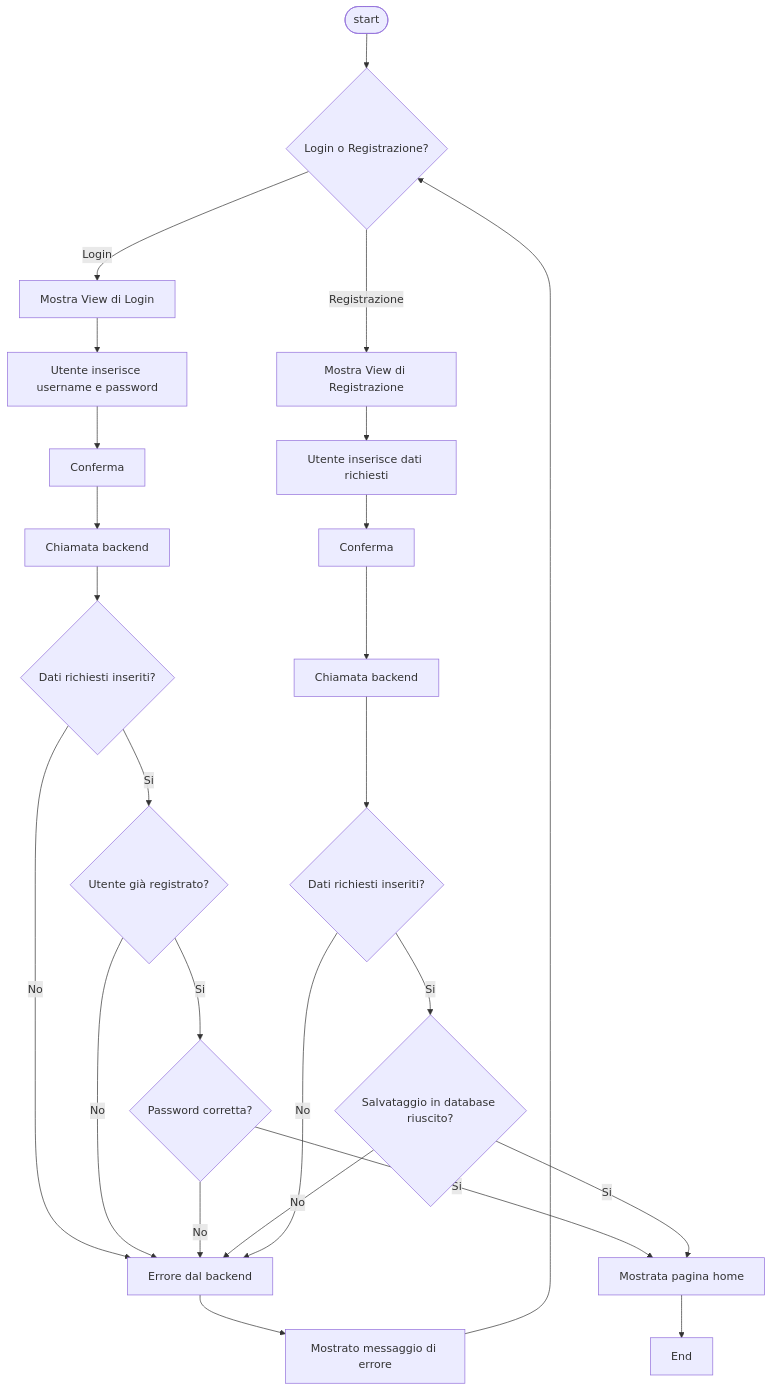
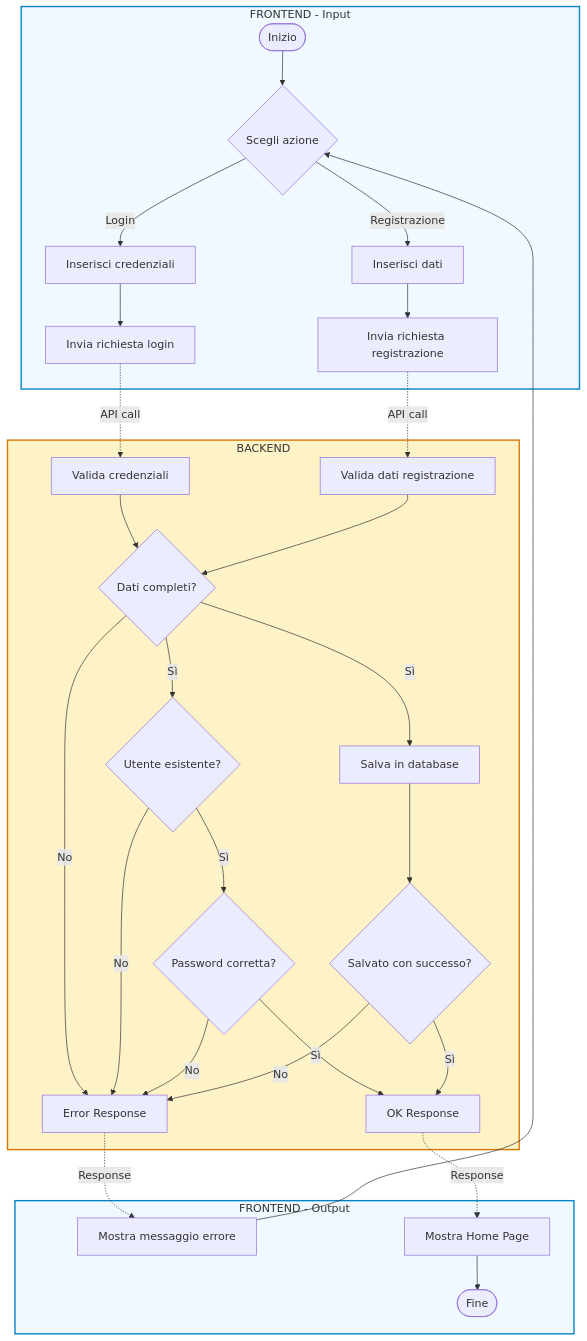
Before and after one commit to mb4dev/progetto-prova: the diagram in documentazione/diagrammi_attività/UC01.md, drawn with Mermaid. The commit also changed other lines of this file and 2 other files, not shown here.

Commit message:
doc: diagramma attività e sequenza uc01

````diff
--- a/documentazione/diagrammi_attività/UC01.md
+++ b/documentazione/diagrammi_attività/UC01.md
@@ -1,34 +1,59 @@
-```mermaid
+``` mermaid
 flowchart TD
-    Start([start]) --> first_question{Login o Registrazione?}
-
-        first_question --> |Login| login_start[Mostra View di Login]
-            login_start --> login_insert[Utente inserisce username e password]
-            login_insert --> confirm[Conferma]
-            confirm --> chiamata[Chiamata backend]
-            chiamata --> body_verify{Dati richiesti inseriti?}
-            
-            body_verify --> |No| backend_error[Errore dal backend]
-            
-             body_verify --> |Si| user_in_db{Utente già registrato? }
-                user_in_db --> |No| backend_error
-                 user_in_db --> |Si| password_verify{Password corretta?}
-                    password_verify --> |Si| show_home[Mostrata pagina home]
-                    password_verify --> |No| backend_error
-
-    first_question --> |Registrazione| register_start[Mostra View di Registrazione]
-        register_start --> insert_register[Utente inserisce dati richiesti]
-        insert_register --> register_confirm[Conferma]
-        register_confirm --> register_backend[Chiamata backend]
-        register_backend --> register_verify{Dati richiesti inseriti?}
-        register_verify --> |Si| db_save{Salvataggio in database riuscito?}
-            db_save --> |Si| show_home
-            db_save --> |No| backend_error
-
-        register_verify --> |No| backend_error
-
-
-    backend_error --> error_message[Mostrato messaggio di errore]
-    error_message --> first_question
-    show_home --> End
+    Start([Inizio])
+    
+    subgraph Frontend1["FRONTEND - Input"]
+        Start --> Choice{Scegli azione}
+        Choice -->|Login| LoginForm[Inserisci credenziali]
+        Choice -->|Registrazione| RegisterForm[Inserisci dati]
+        
+        LoginForm --> SendLogin[Invia richiesta login]
+        RegisterForm --> SendRegister[Invia richiesta registrazione]
+    end
+    
+    subgraph Backend["BACKEND"]
+        ValidateLogin[Valida credenziali]
+        ValidateRegister[Valida dati registrazione]
+        
+        CheckComplete{Dati completi?}
+        CheckUser{Utente esistente?}
+        CheckPwd{Password corretta?}
+        
+        SaveDB[Salva in database]
+        CheckSave{Salvato con successo?}
+        
+        ErrorResponse[Error Response]
+        OkResponse[OK Response]
+    end
+    
+    subgraph Frontend2["FRONTEND - Output"]
+        ShowError[Mostra messaggio errore]
+        ShowHome[Mostra Home Page]
+        
+        ShowError --> Choice
+        ShowHome --> End([Fine])
+    end
+    
+    SendLogin -.->|API call| ValidateLogin
+    ValidateLogin --> CheckComplete
+    CheckComplete -->|No| ErrorResponse
+    CheckComplete -->|Sì| CheckUser
+    CheckUser -->|No| ErrorResponse
+    CheckUser -->|Sì| CheckPwd
+    CheckPwd -->|No| ErrorResponse
+    CheckPwd -->|Sì| OkResponse
+    
+    SendRegister -.->|API call| ValidateRegister
+    ValidateRegister --> CheckComplete
+    CheckComplete -->|Sì| SaveDB
+    SaveDB --> CheckSave
+    CheckSave -->|No| ErrorResponse
+    CheckSave -->|Sì| OkResponse
+    
+    ErrorResponse -.->|Response| ShowError
+    OkResponse -.->|Response| ShowHome
+    
+    style Frontend1 fill:#f0f9ff,stroke:#0284c7,stroke-width:2px
+    style Backend fill:#fef3c7,stroke:#d97706,stroke-width:2px
+    style Frontend2 fill:#f0f9ff,stroke:#0284c7,stroke-width:2px
 ```
````
